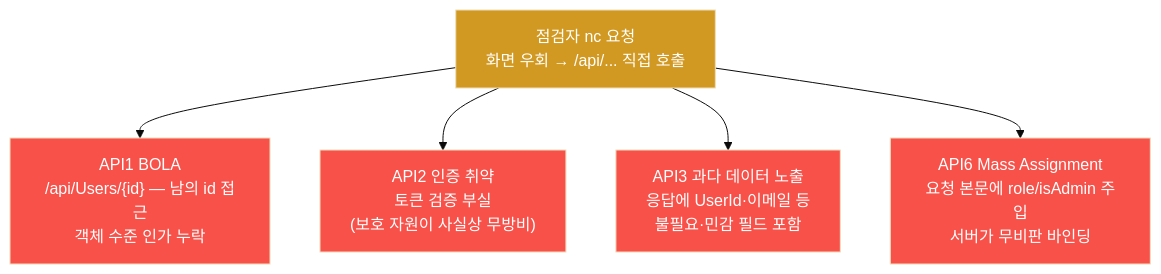
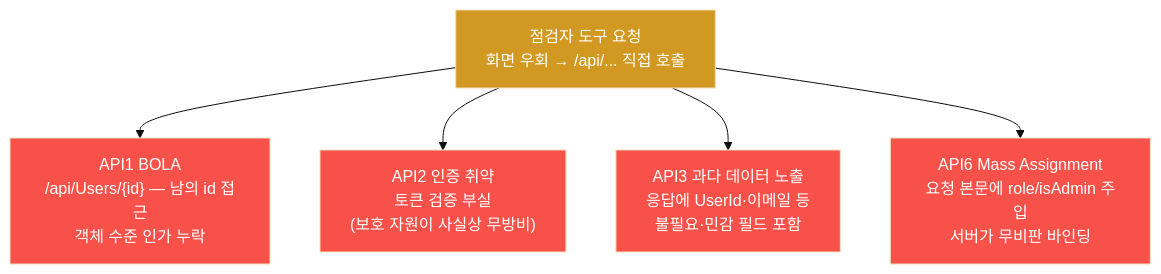
One commit to mrgrit/tw2 changed the second of 9 diagrams in contents/training/web-vuln/lecture_week12.md. Above: the diagram before and after it, drawn with Mermaid (base theme). The commit also changed other lines of this file and 25 other files, not shown here.

````diff
--- a/contents/training/web-vuln/lecture_week12.md
+++ b/contents/training/web-vuln/lecture_week12.md
@@ -185,17 +186,17 @@
 ```mermaid
 graph TD
-    REQ["점검자 nc 요청<br/>화면 우회 → /api/... 직접 호출"]
+    REQ["점검자 도구 요청<br/>화면 우회 → /api/... 직접 호출"]
     A1["API1 BOLA<br/>/api/Users/{id} — 남의 id 접근<br/>객체 수준 인가 누락"]
     A2["API2 인증 취약<br/>토큰 검증 부실<br/>(보호 자원이 사실상 무방비)"]
     A3["API3 과다 데이터 노출<br/>응답에 UserId·이메일 등<br/>불필요·민감 필드 포함"]
     A6["API6 Mass Assignment<br/>요청 본문에 role/isAdmin 주입<br/>서버가 무비판 바인딩"]
     REQ --> A1
     REQ --> A2
     REQ --> A3
     REQ --> A6
     style REQ fill:#d29922,color:#fff
     style A1 fill:#f85149,color:#fff
     style A2 fill:#f85149,color:#fff
     style A3 fill:#f85149,color:#fff
     style A6 fill:#f85149,color:#fff
 ```
````
